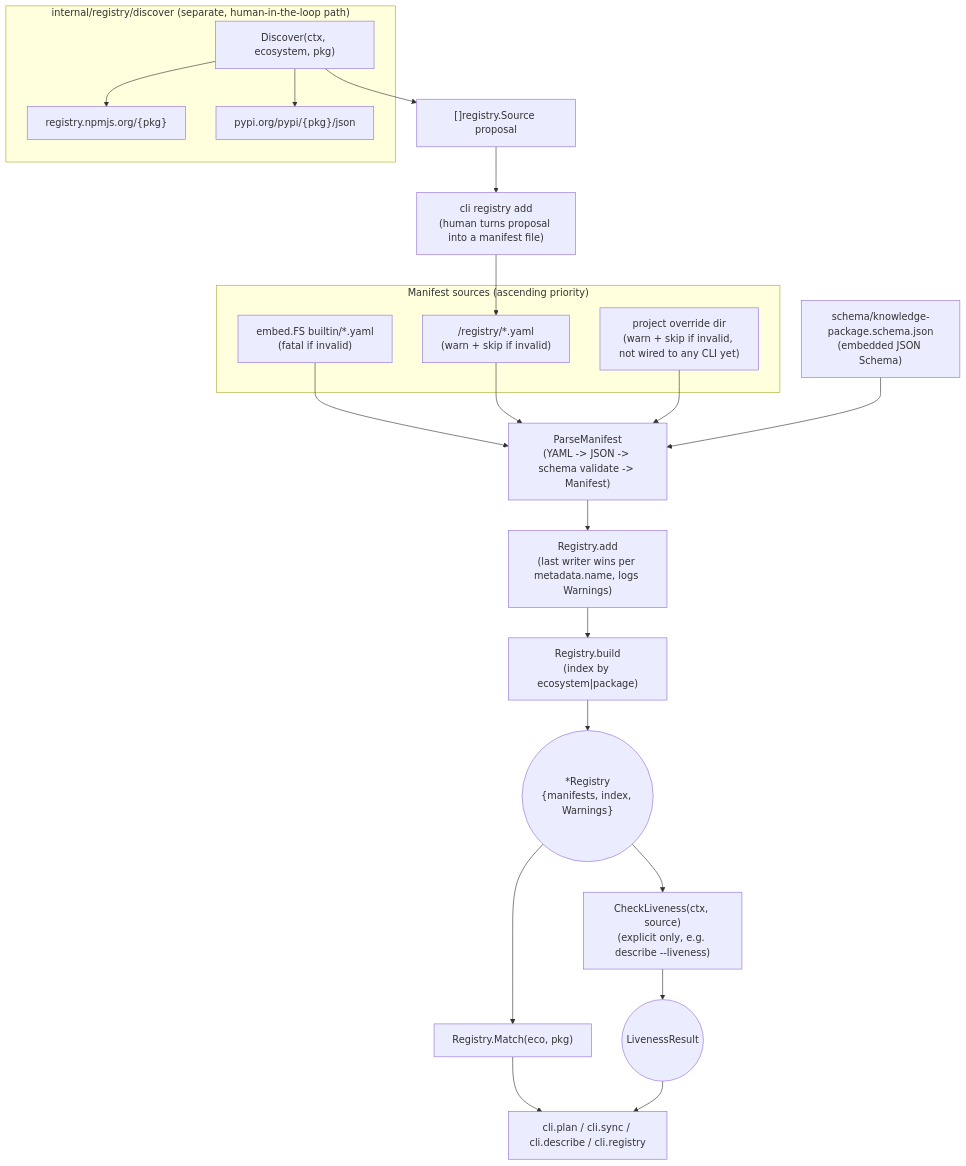
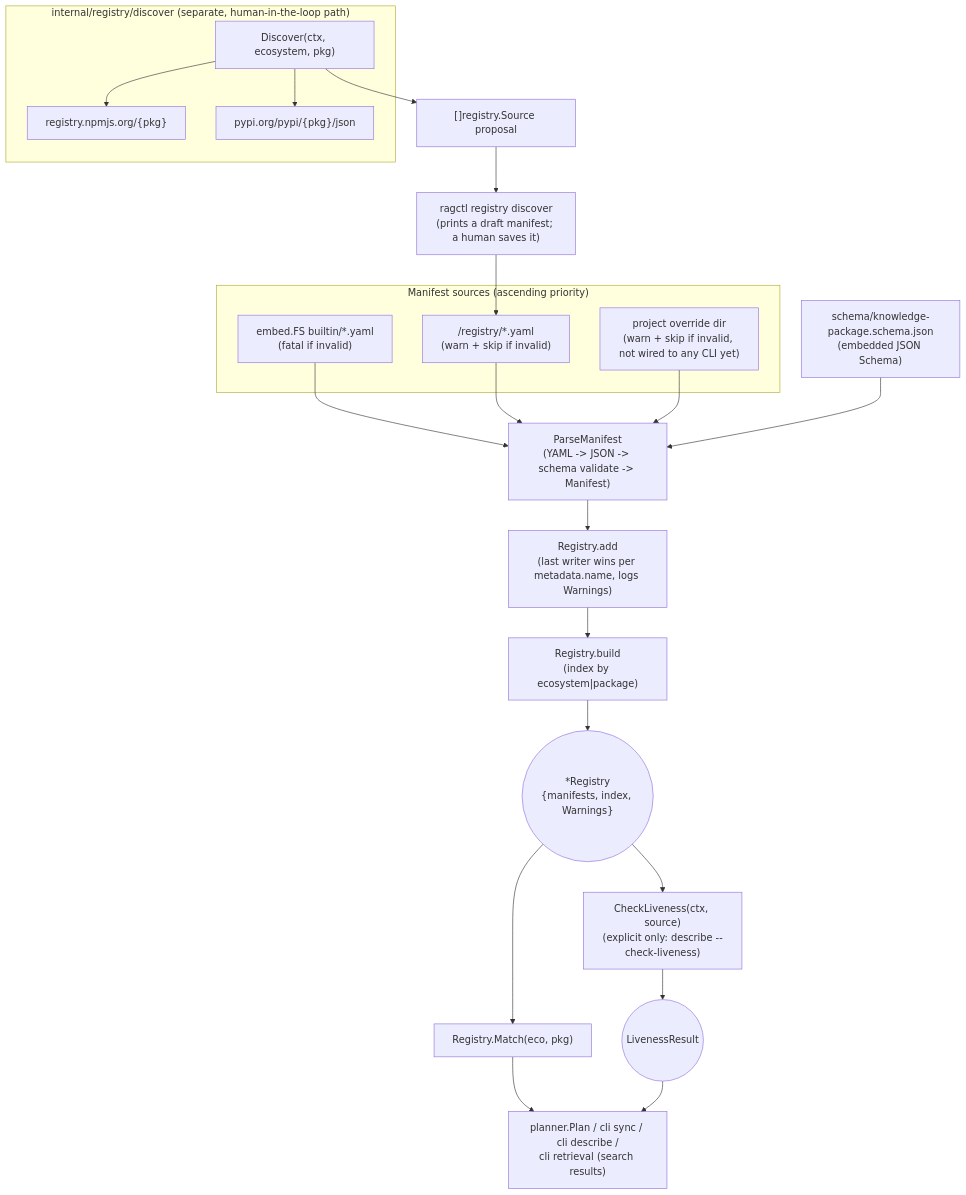
Before and after one commit to aleutian-ai/depctl: the diagram in docs/internal/registry.md, drawn with Mermaid. The commit also changed other lines of this file and 114 other files, not shown here.

````diff
--- a/docs/internal/registry.md
+++ b/docs/internal/registry.md
@@ -37,38 +37,38 @@
 ```mermaid
 flowchart TD
     subgraph Sources["Manifest sources (ascending priority)"]
         Builtin["embed.FS builtin/*.yaml\n(fatal if invalid)"]
         UserDir["<data-dir>/registry/*.yaml\n(warn + skip if invalid)"]
         ProjectDir["project override dir\n(warn + skip if invalid, not wired to any CLI yet)"]
     end
 
     Schema["schema/knowledge-package.schema.json\n(embedded JSON Schema)"]
 
     Builtin --> ParseManifest
     UserDir --> ParseManifest
     ProjectDir --> ParseManifest
     Schema --> ParseManifest["ParseManifest\n(YAML -> JSON -> schema validate -> Manifest)"]
 
     ParseManifest --> Add["Registry.add\n(last writer wins per metadata.name, logs Warnings)"]
     Add --> Build["Registry.build\n(index by ecosystem|package)"]
     Build --> Registry(("*Registry\n{manifests, index, Warnings}"))
 
     Registry --> Match["Registry.Match(eco, pkg)"]
-    Match --> CLI1["cli.plan / cli.sync / cli.describe / cli.registry"]
+    Match --> CLI1["planner.Plan / cli sync / cli describe /\ncli retrieval (search results)"]
 
     subgraph discover["internal/registry/discover (separate, human-in-the-loop path)"]
         DiscoverCall["Discover(ctx, ecosystem, pkg)"]
         NpmAPI["registry.npmjs.org/{pkg}"]
         PypiAPI["pypi.org/pypi/{pkg}/json"]
         DiscoverCall --> NpmAPI
         DiscoverCall --> PypiAPI
     end
 
     DiscoverCall --> CandidateSources["[]registry.Source proposal"]
-    CandidateSources --> CLI2["cli registry add\n(human turns proposal into a manifest file)"]
+    CandidateSources --> CLI2["ragctl registry discover\n(prints a draft manifest; a human saves it)"]
     CLI2 --> UserDir
 
-    Registry --> Liveness["CheckLiveness(ctx, source)\n(explicit only, e.g. describe --liveness)"]
+    Registry --> Liveness["CheckLiveness(ctx, source)\n(explicit only: describe --check-liveness)"]
     Liveness --> LivenessResult(("LivenessResult"))
     LivenessResult --> CLI1
 ```
````
